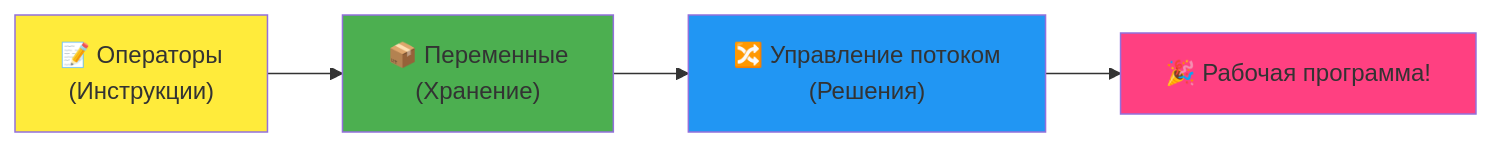
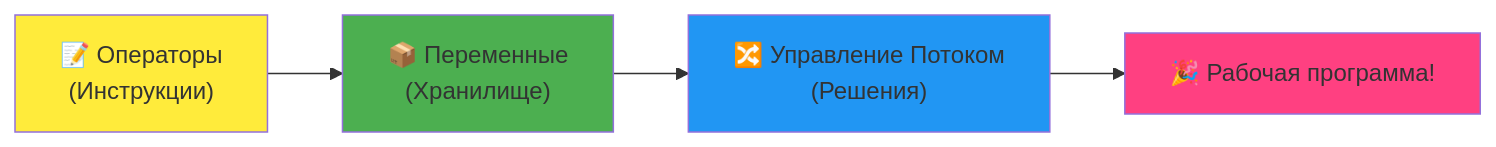
Before and after one commit to microsoft/Web-Dev-For-Beginners: the fourth of 7 diagrams in translations/ru/1-getting-started-lessons/1-intro-to-programming-languages/README.md, drawn with Mermaid. The commit also changed other lines of this file and 8 other files, not shown here.

````diff
--- a/translations/ru/1-getting-started-lessons/1-intro-to-programming-languages/README.md
+++ b/translations/ru/1-getting-started-lessons/1-intro-to-programming-languages/README.md
@@ -467,9 +466,9 @@
 ```mermaid
 flowchart LR
-    A["📝 Операторы<br/>(Инструкции)"] --> B["📦 Переменные<br/>(Хранение)"] --> C["🔀 Управление потоком<br/>(Решения)"] --> D["🎉 Рабочая программа!"]
+    A["📝 Операторы<br/>(Инструкции)"] --> B["📦 Переменные<br/>(Хранилище)"] --> C["🔀 Управление Потоком<br/>(Решения)"] --> D["🎉 Рабочая программа!"]
     
     style A fill:#ffeb3b
     style B fill:#4caf50
     style C fill:#2196f3
     style D fill:#ff4081
-```
+```  
````
